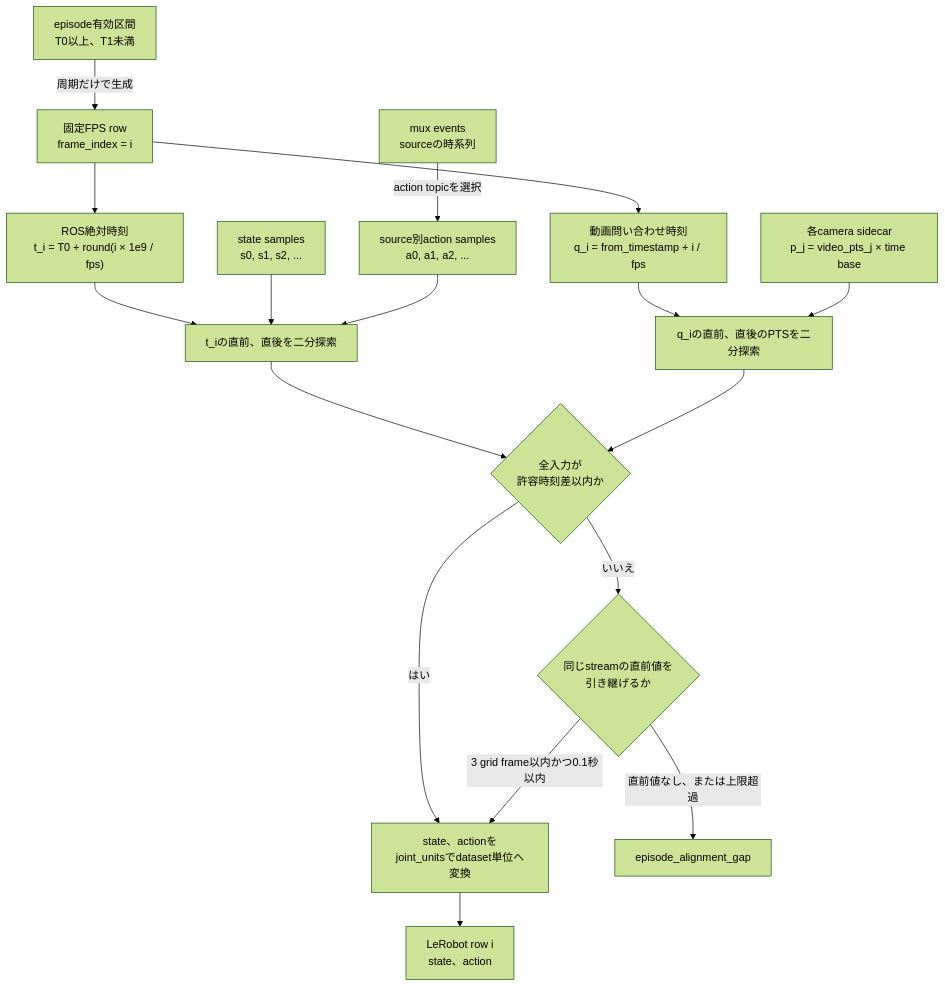
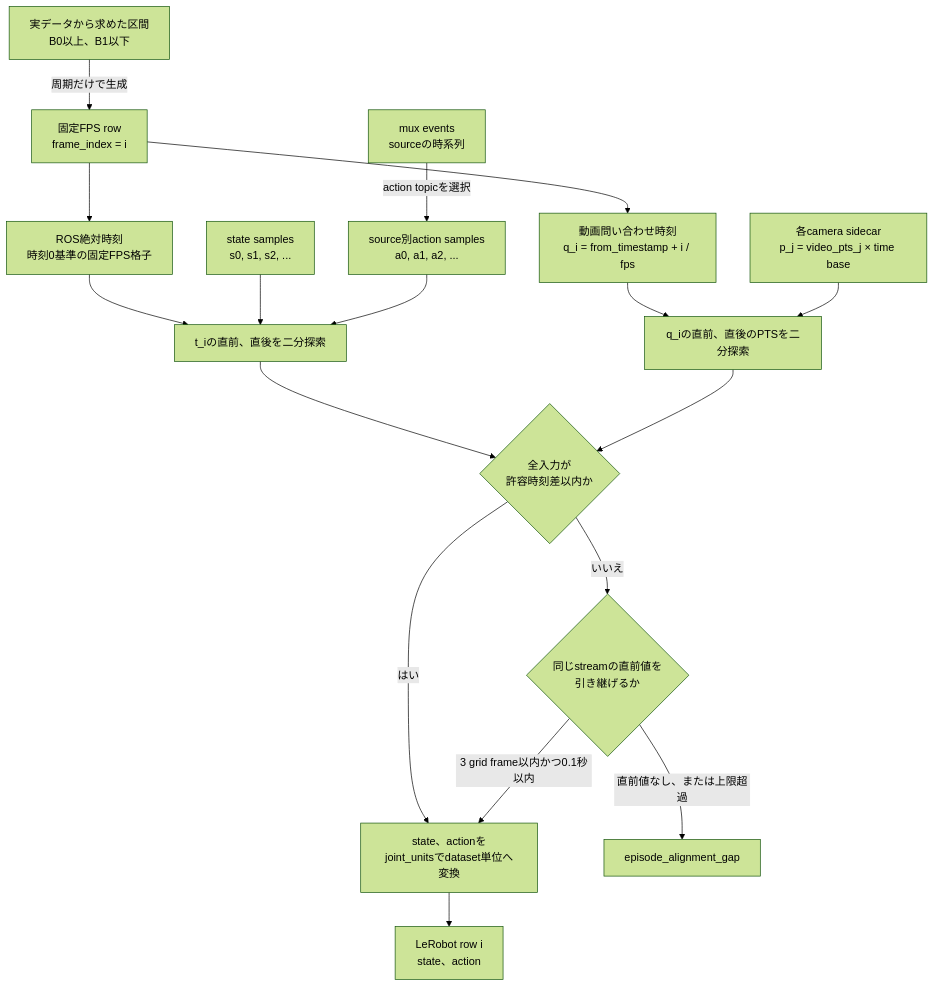
The seventh of 11 diagrams in src/streaming/fv_lerobot_exporter/docs/lerobot_dataset_export.md (takatronix/fluent_vision_ros2), drawn with Mermaid (forest theme) before and after one commit. The commit also changed other lines of this file and 19 other files, not shown here.

Commit message:
feat: establish episode schema v2 recording contract

````diff
--- a/src/streaming/fv_lerobot_exporter/docs/lerobot_dataset_export.md
+++ b/src/streaming/fv_lerobot_exporter/docs/lerobot_dataset_export.md
@@ -479,33 +482,33 @@
 ```mermaid
 flowchart TB
-    INTERVAL["episode有効区間<br/>T0以上、T1未満"]
+    INTERVAL["実データから求めた区間<br/>B0以上、B1以下"]
     GRID["固定FPS row<br/>frame_index = i"]
-    ROSQUERY["ROS絶対時刻<br/>t_i = T0 + round(i × 1e9 / fps)"]
+    ROSQUERY["ROS絶対時刻<br/>時刻0基準の固定FPS格子"]
     VIDEOQUERY["動画問い合わせ時刻<br/>q_i = from_timestamp + i / fps"]
 
     CAMERA["各camera sidecar<br/>p_j = video_pts_j × time base"]
     STATE["state samples<br/>s0, s1, s2, ..."]
     MUX["mux events<br/>sourceの時系列"]
     ACTION["source別action samples<br/>a0, a1, a2, ..."]
 
     ROSSEARCH["t_iの直前、直後を二分探索"]
     VIDEOSEARCH["q_iの直前、直後のPTSを二分探索"]
     LIMIT{"全入力が<br/>許容時刻差以内か"}
     SCALE["state、actionを<br/>joint_unitsでdataset単位へ変換"]
     ROW["LeRobot row i<br/>state、action"]
     CARRY{"同じstreamの直前値を<br/>引き継げるか"}
     ERROR["episode_alignment_gap"]
 
     INTERVAL -->|"周期だけで生成"| GRID
     GRID --> ROSQUERY --> ROSSEARCH
     GRID --> VIDEOQUERY --> VIDEOSEARCH
     CAMERA --> VIDEOSEARCH
     STATE --> ROSSEARCH
     MUX -->|"action topicを選択"| ACTION --> ROSSEARCH
     ROSSEARCH --> LIMIT
     VIDEOSEARCH --> LIMIT
     LIMIT -->|"はい"| SCALE --> ROW
     LIMIT -->|"いいえ"| CARRY
     CARRY -->|"3 grid frame以内かつ0.1秒以内"| SCALE
     CARRY -->|"直前値なし、または上限超過"| ERROR
 ```
````
